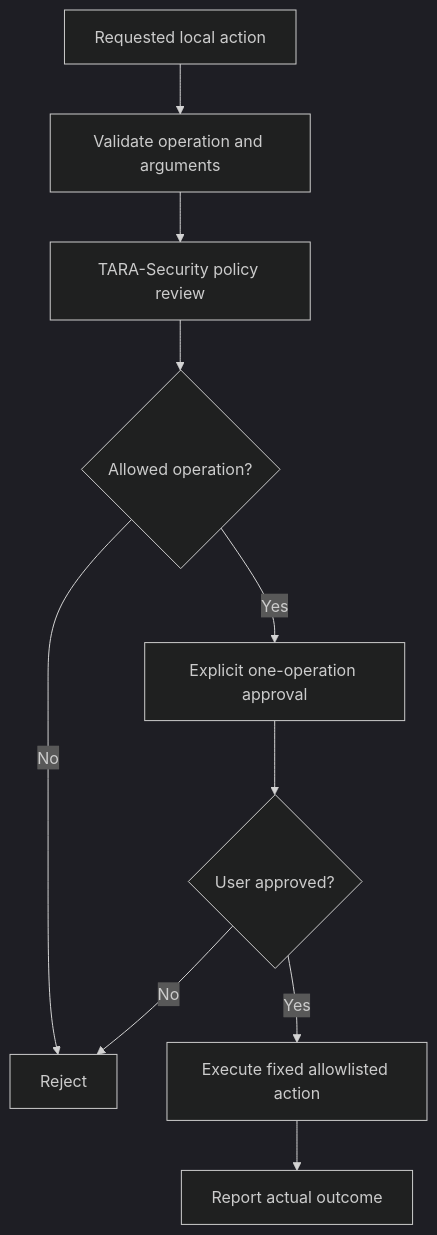
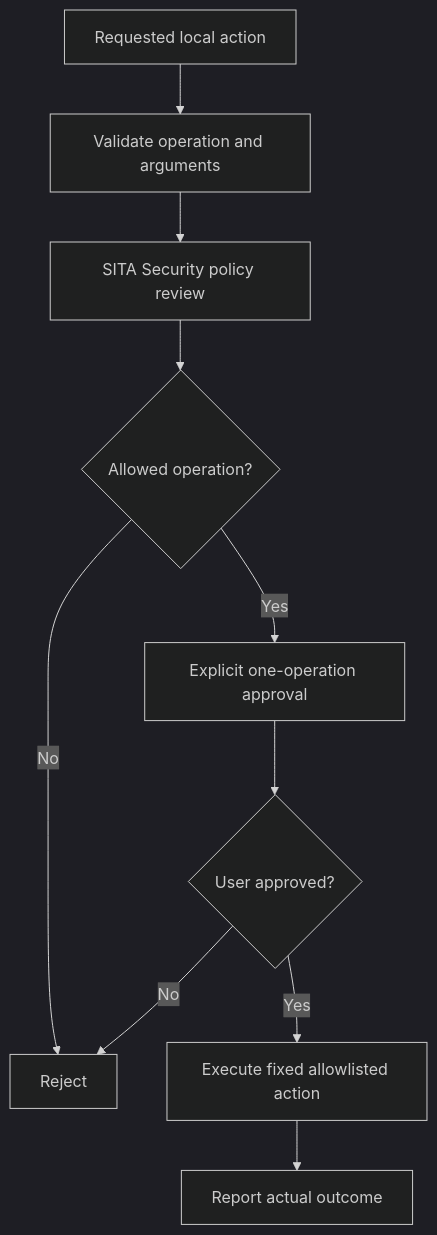
The fifth of 12 diagrams in README.md (deathkernel/SITA), drawn with Mermaid (dark theme) before and after one commit. The commit also changed other lines of this file and 34 other files, not shown here.

Commit message:
feat: rebrand TARA as SITA with compatibility aliases

````diff
--- a/README.md
+++ b/README.md
@@ -400,12 +400,12 @@
 ```mermaid
 flowchart TD
   A[Requested local action] --> B[Validate operation and arguments]
-  B --> C[TARA-Security policy review]
+  B --> C[SITA Security policy review]
   C --> D{Allowed operation?}
   D -- No --> E[Reject]
   D -- Yes --> F[Explicit one-operation approval]
   F --> G{User approved?}
   G -- No --> E
   G -- Yes --> H[Execute fixed allowlisted action]
   H --> I[Report actual outcome]
 ```
````
